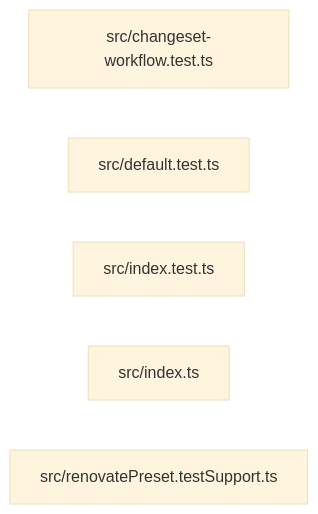
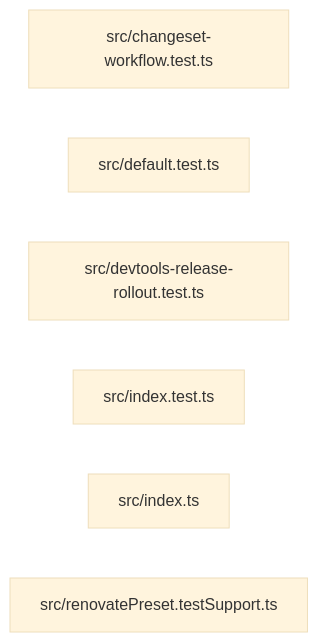
One commit to ankhorage/renovate changed the diagram in paradox/diagrams/export-graph.mmd. Above: the diagram before and after it, drawn with Mermaid (base theme). The commit also changed 13 other files, not shown here.

```diff
--- a/paradox/diagrams/export-graph.mmd
+++ b/paradox/diagrams/export-graph.mmd
@@ -1,6 +1,7 @@
 graph LR
   module_src_changeset_workflow_test_ts["src/changeset-workflow.test.ts"]
   module_src_default_test_ts["src/default.test.ts"]
+  module_src_devtools_release_rollout_test_ts["src/devtools-release-rollout.test.ts"]
   module_src_index_test_ts["src/index.test.ts"]
   module_src_index_ts["src/index.ts"]
   module_src_renovatePreset_testSupport_ts["src/renovatePreset.testSupport.ts"]
```
